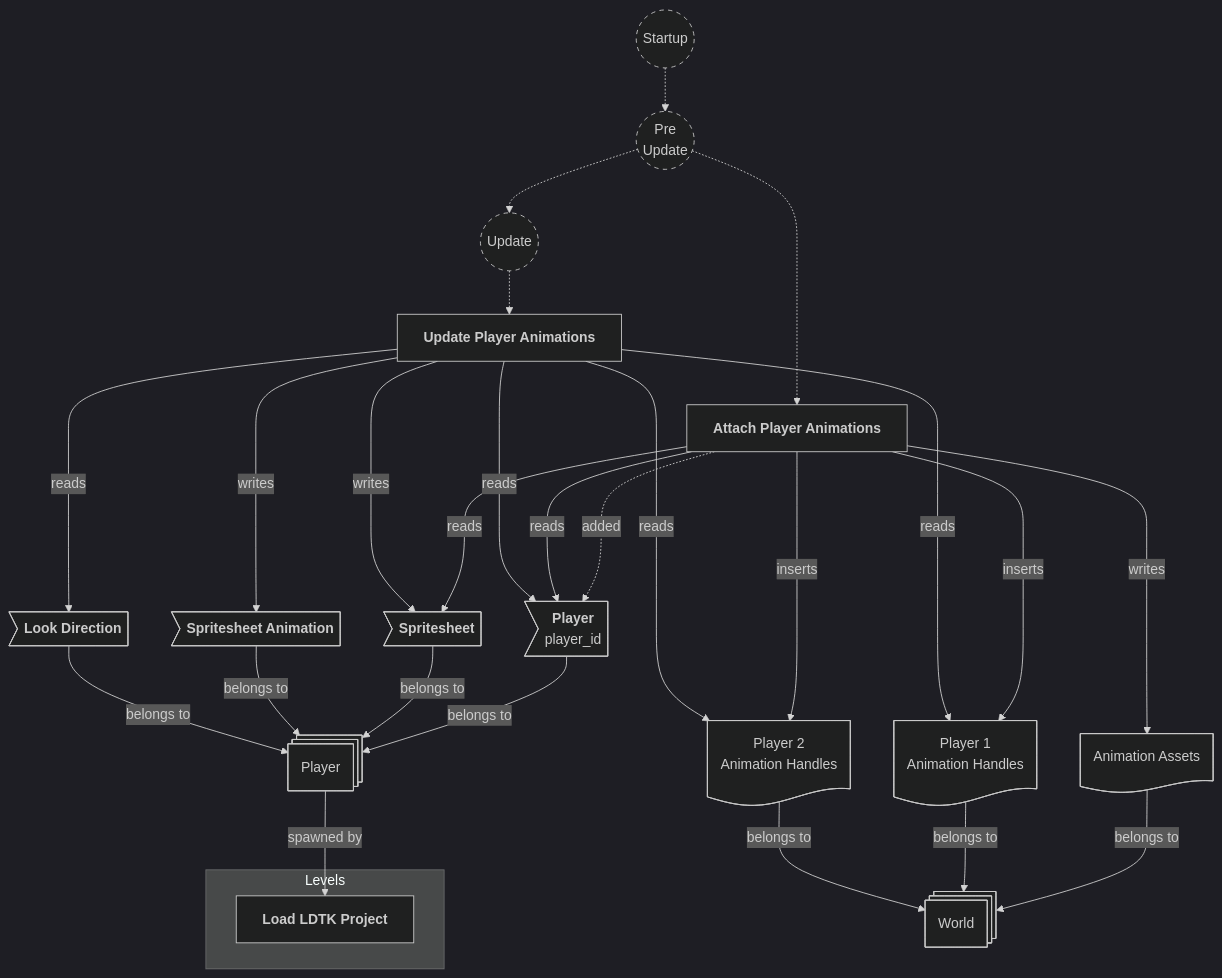
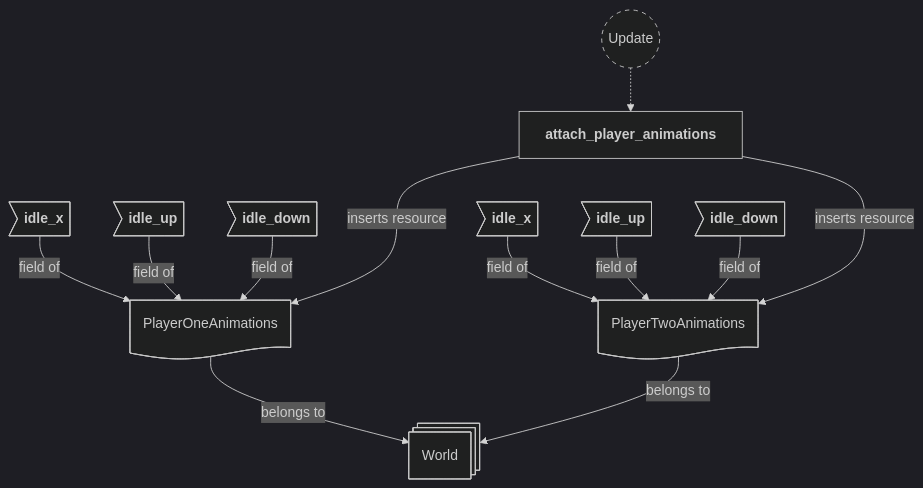
Before and after one commit to neurosoup/tyled: the eighth of 9 diagrams in backlog/docs/doc-5 - 004-Animations-plugin.md, drawn with Mermaid. The commit also changed other lines of this file and 7 other files, not shown here.

````diff
--- a/backlog/docs/doc-5 - 004-Animations-plugin.md
+++ b/backlog/docs/doc-5 - 004-Animations-plugin.md
@@ -8,64 +289,39 @@
 ```mermaid
 ---
 config:
   theme: dark
 ---
 
 flowchart TD
-
-%% dash for system groups
 classDef system-group stroke-dasharray: 5 5
 
-%%%%%%%%%%%%%%%%%%%%%%%
-%%     Resources     %%
-%%%%%%%%%%%%%%%%%%%%%%%
+update(("`Update`")):::system-group
+attach_player_animations["`**attach_player_animations**`"]
 
-animation_assets@{ shape: doc, label: "Animation Assets" } --> |belongs to| world
-player_1_animations@{ shape: doc, label: "Player 1<br> Animation Handles" } --> |belongs to| world
-player_2_animations@{ shape: doc, label: "Player 2<br> Animation Handles" } --> |belongs to| world
-
-
-%%%%%%%%%%%%%%%%%%%%%%%%%%%%
-%%  Entities & Components %%
-%%%%%%%%%%%%%%%%%%%%%%%%%%%%
+update -.-> attach_player_animations
 
 world@{ shape: st-rect, label: "World" }
 
-%% Player entity
-player_entity@{ shape: st-rect, label: "Player" } 
-pe_player_component>"`**Player**<br>player_id`"] --> |belongs to| player_entity
-pe_sprite_component>"`**Spritesheet**`"] --> |belongs to| player_entity
-pe_spritesheet_animation_component>"`**Spritesheet Animation**`"] --> |belongs to| player_entity
-pe_look_direction_component>"`**Look Direction**`"] --> |belongs to| player_entity
-player_entity --> |spawned by| load_ldtk_project
+p1_res@{ shape: doc, label: "PlayerOneAnimations" }
+p2_res@{ shape: doc, label: "PlayerTwoAnimations" }
 
-%%%%%%%%%%%%%%%%%%%%%%%
-%%      Systems      %%
-%%%%%%%%%%%%%%%%%%%%%%%
+p1_idle_x>"`**idle_x**`"]
+p1_idle_up>"`**idle_up**`"]
+p1_idle_down>"`**idle_down**`"]
 
-startup((Startup)):::system-group -.-> preupdate(("`Pre<br>Update`")):::system-group -.-> update(("`Update`")):::system-group
+p2_idle_x>"`**idle_x**`"]
+p2_idle_up>"`**idle_up**`"]
+p2_idle_down>"`**idle_down**`"]
 
-attach_player_animations["`**Attach Player Animations**`"]
-update_player_animation["`**Update Player Animations**`"]
+p1_res --> |belongs to| world
+p2_res --> |belongs to| world
+p1_idle_x --> |field of| p1_res
+p1_idle_up --> |field of| p1_res
+p1_idle_down --> |field of| p1_res
+p2_idle_x --> |field of| p2_res
+p2_idle_up --> |field of| p2_res
+p2_idle_down --> |field of| p2_res
 
-preupdate -.-> attach_player_animations
-update -.-> update_player_animation
-
-attach_player_animations -..-> |added| pe_player_component
-attach_player_animations ---> |writes| animation_assets
-attach_player_animations ---> |reads| pe_player_component
-attach_player_animations ---> |reads| pe_sprite_component
-attach_player_animations ---> |inserts| player_1_animations &  player_2_animations
-
-update_player_animation ----> |reads| pe_player_component
-update_player_animation ----> |writes| pe_sprite_component
-update_player_animation -----> |reads| player_1_animations & player_2_animations
-update_player_animation ----> |reads| pe_look_direction_component
-update_player_animation ----> |writes| pe_spritesheet_animation_component
-
-subgraph Levels
-    load_ldtk_project["`**Load LDTK Project**`"]
-end
-
-%%startup -.-> load_ldtk_project
+attach_player_animations ---> |inserts resource| p1_res
+attach_player_animations ---> |inserts resource| p2_res
 ```
````
